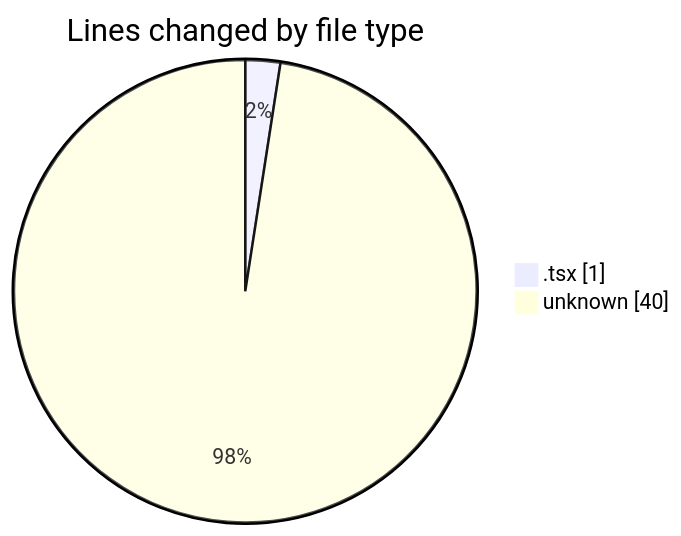
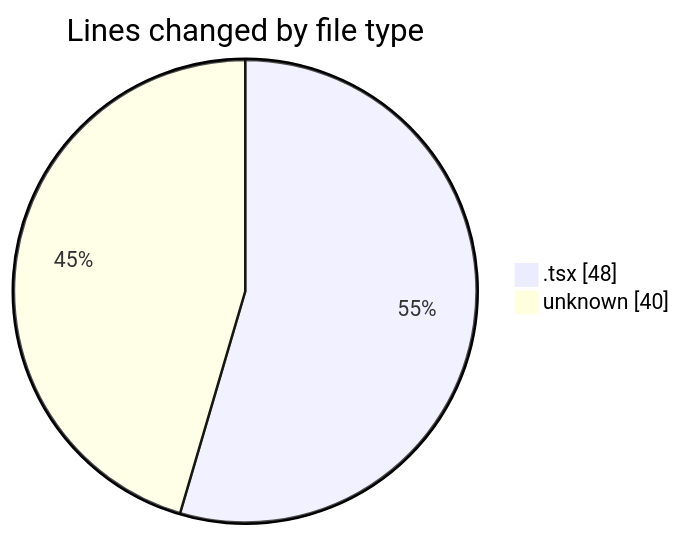
Before and after one commit to Elitesun/code-tracking: the first of 2 diagrams in 2025-05-26/elitesun/README.md, drawn with Mermaid. The commit also changed other lines of this file and 1 other file, not shown here.

````diff
--- a/2025-05-26/elitesun/README.md
+++ b/2025-05-26/elitesun/README.md
@@ -21,6 +22,6 @@
 ```mermaid
 pie showData
 title Lines changed by file type
-".tsx" : 1
+".tsx" : 48
 "unknown" : 40
 ```
````
